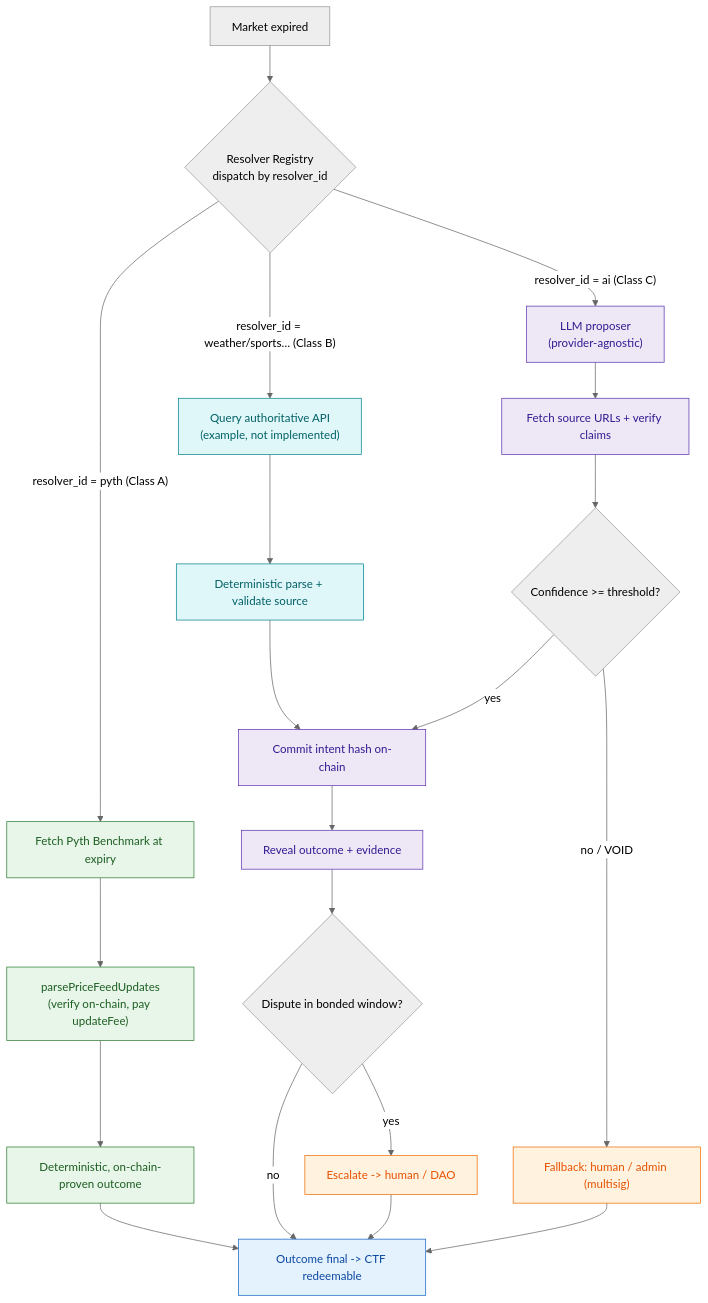
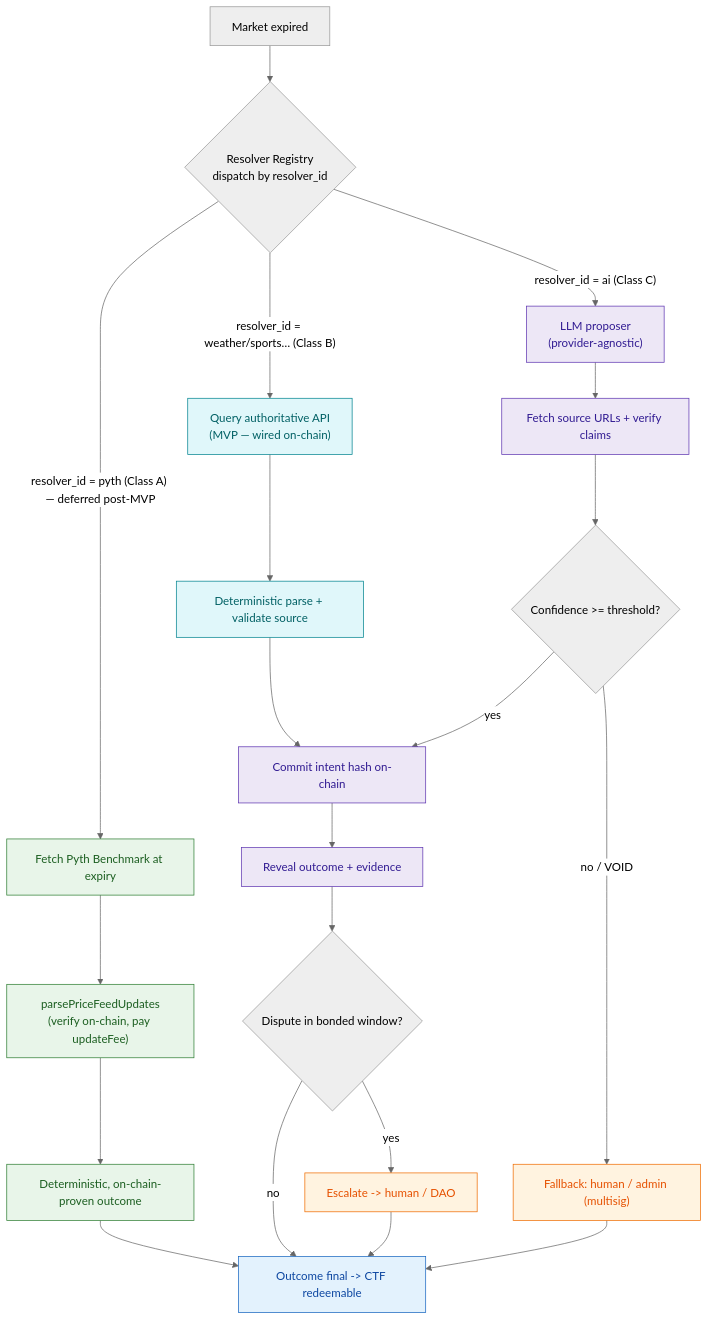
One commit to michael-ni-qwerty/omniscient changed the eighth of 10 diagrams in docs/how-it-works.md. Above: the diagram before and after it, drawn with Mermaid (neutral theme). The commit also changed other lines of this file and 7 other files, not shown here.

````diff
--- a/docs/how-it-works.md
+++ b/docs/how-it-works.md
@@ -289,38 +293,38 @@
 ```mermaid
 flowchart TB
     EXP["Market expired"] --> REG{"Resolver Registry<br/>dispatch by resolver_id"}
 
-    REG -->|"resolver_id = pyth (Class A)"| PYTH["Fetch Pyth Benchmark at expiry"]
+    REG -->|"resolver_id = pyth (Class A) — deferred post-MVP"| PYTH["Fetch Pyth Benchmark at expiry"]
     PYTH --> VERIFY["parsePriceFeedUpdates<br/>(verify on-chain, pay updateFee)"]
     VERIFY --> AUTO["Deterministic, on-chain-proven outcome"]
     AUTO --> FINAL
 
-    REG -->|"resolver_id = weather/sports… (Class B)"| API["Query authoritative API<br/>(example, not implemented)"]
+    REG -->|"resolver_id = weather/sports… (Class B)"| API["Query authoritative API<br/>(MVP — wired on-chain)"]
     API --> PARSE["Deterministic parse + validate source"]
     PARSE --> COMMIT
 
     REG -->|"resolver_id = ai (Class C)"| AI["LLM proposer<br/>(provider-agnostic)"]
     AI --> SRC["Fetch source URLs + verify claims"]
     SRC --> CONF{Confidence >= threshold?}
     CONF -->|no / VOID| HUMAN["Fallback: human / admin (multisig)"]
     CONF -->|yes| COMMIT
 
     COMMIT["Commit intent hash on-chain"] --> REVEAL["Reveal outcome + evidence"]
     REVEAL --> WIN{Dispute in bonded window?}
     WIN -->|no| FINAL["Finalize outcome"]
     WIN -->|yes| ESC["Escalate -> human / DAO"]
     ESC --> FINAL
     HUMAN --> FINAL
     FINAL["Outcome final -> CTF redeemable"]
 
     classDef auto fill:#e8f5e9,stroke:#2e7d32,color:#1b5e20;
     classDef src fill:#e0f7fa,stroke:#00838f,color:#006064;
     classDef ai fill:#ede7f6,stroke:#5e35b1,color:#311b92;
     classDef human fill:#fff3e0,stroke:#ef6c00,color:#e65100;
     classDef done fill:#e3f2fd,stroke:#1565c0,color:#0d47a1;
     class PYTH,VERIFY,AUTO auto;
     class API,PARSE src;
     class AI,SRC,COMMIT,REVEAL ai;
     class HUMAN,ESC human;
     class FINAL done;
 ```
````
